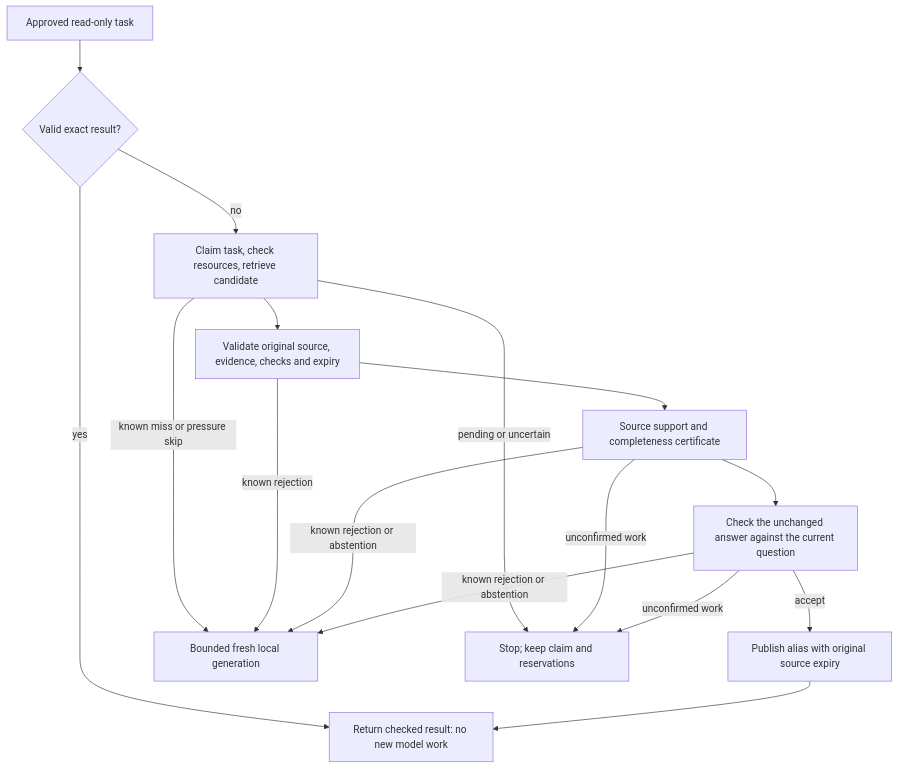
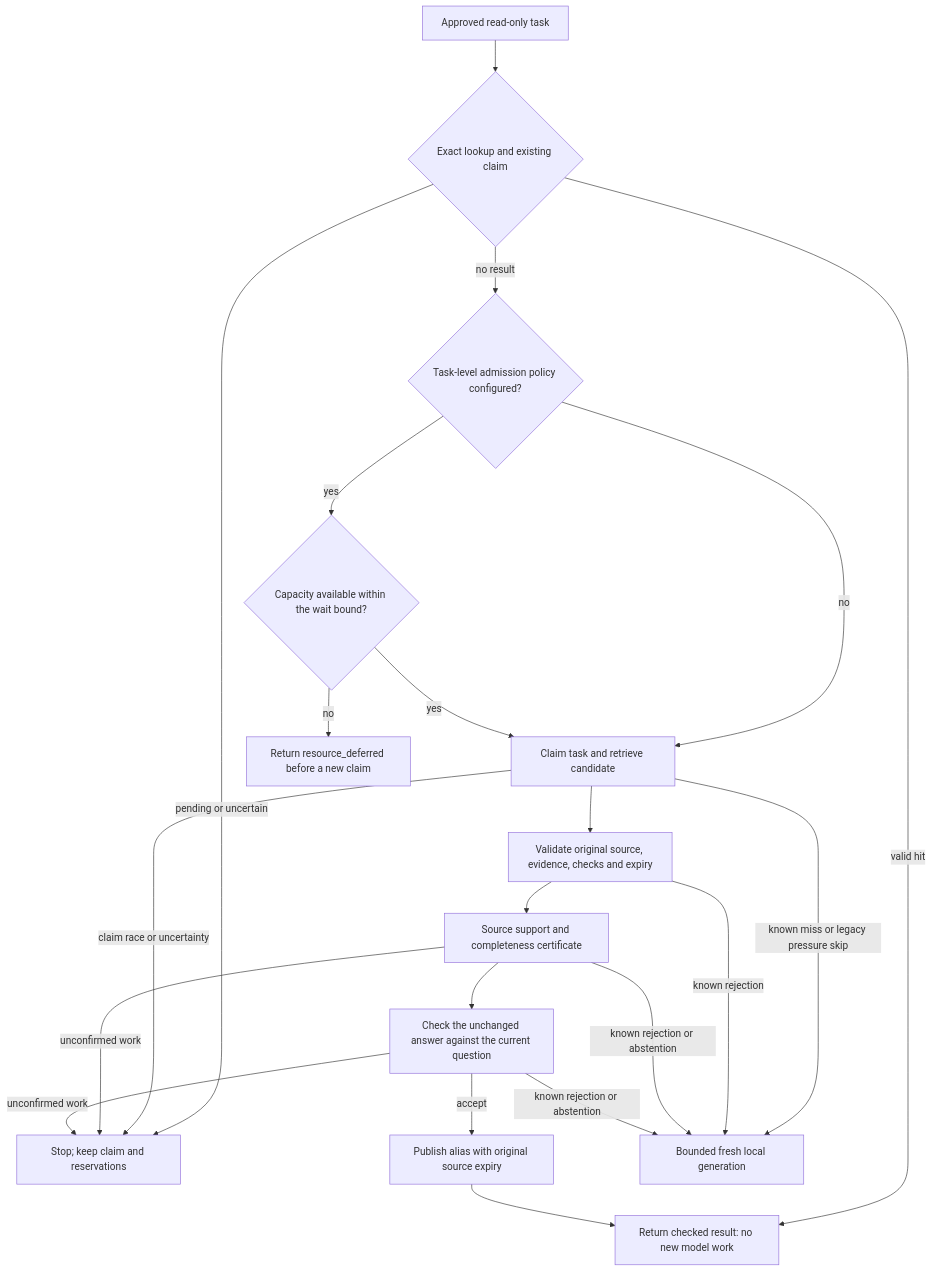
The diagram in docs/factorized-reuse.md (spfuzzylink/questlock), drawn with Mermaid before and after one commit. The commit also changed other lines of this file and 37 other files, not shown here.

Commit message:
feat: add bounded admission and mixed-stage verifier controls

````diff
--- a/docs/factorized-reuse.md
+++ b/docs/factorized-reuse.md
@@ -40,18 +44,23 @@
 ```mermaid
 flowchart TD
-    A[Approved read-only task] --> B{Valid exact result?}
-    B -->|yes| C[Return checked result: no new model work]
-    B -->|no| D[Claim task, check resources, retrieve candidate]
+    A[Approved read-only task] --> B{Exact lookup and existing claim}
+    B -->|valid hit| C[Return checked result: no new model work]
+    B -->|pending or uncertain| J[Stop; keep claim and reservations]
+    B -->|no result| K{Task-level admission policy configured?}
+    K -->|no| D[Claim task and retrieve candidate]
+    K -->|yes| R{Capacity available within the wait bound?}
+    R -->|yes| D
+    R -->|no| L[Return resource_deferred before a new claim]
     D --> E[Validate original source, evidence, checks and expiry]
     E --> F[Source support and completeness certificate]
     F --> G[Check the unchanged answer against the current question]
     G -->|accept| H[Publish alias with original source expiry]
     H --> C
-    D -->|known miss or pressure skip| I[Bounded fresh local generation]
+    D -->|known miss or legacy pressure skip| I[Bounded fresh local generation]
     E -->|known rejection| I
     F -->|known rejection or abstention| I
     G -->|known rejection or abstention| I
-    D -->|pending or uncertain| J[Stop; keep claim and reservations]
+    D -->|claim race or uncertainty| J
     F -->|unconfirmed work| J
     G -->|unconfirmed work| J
 ```
````
